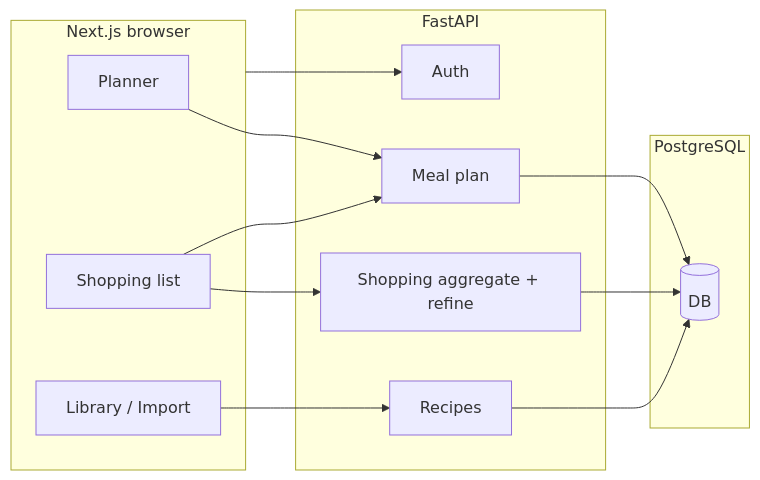
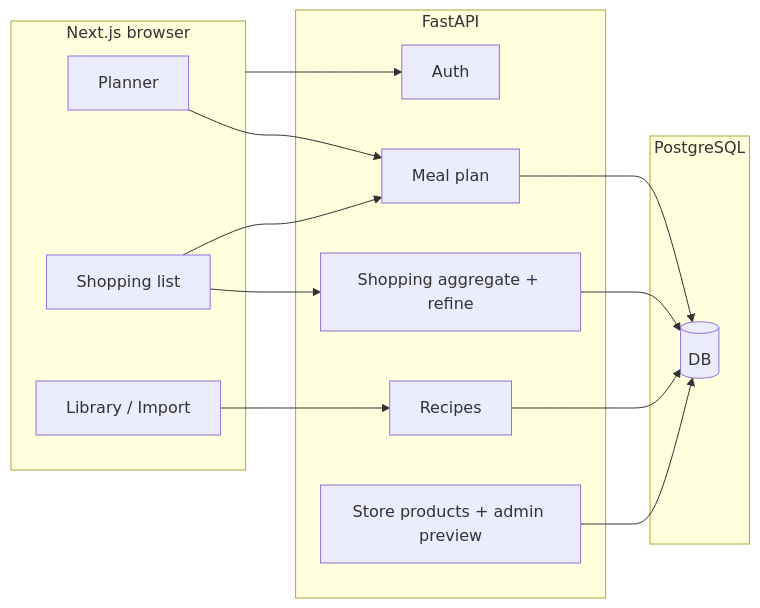
One commit to 1err/Cook changed the diagram in CODEBASE_WALKTHROUGH.md. Above: the diagram before and after it, drawn with Mermaid. The commit also changed other lines of this file and 23 other files, not shown here.

````diff
--- a/CODEBASE_WALKTHROUGH.md
+++ b/CODEBASE_WALKTHROUGH.md
@@ -48,25 +49,27 @@
 ```mermaid
 flowchart LR
   subgraph client [Next.js browser]
     P[Planner]
     S[Shopping list]
     L[Library / Import]
   end
   subgraph api [FastAPI]
     A[Auth]
     R[Recipes]
     M[Meal plan]
     Sh[Shopping aggregate + refine]
+    St[Store products + admin preview]
   end
   subgraph data [PostgreSQL]
     DB[(DB)]
   end
   L --> R
   P --> M
   S --> Sh
   S --> M
   client --> A
   R --> DB
   M --> DB
   Sh --> DB
+  St --> DB
 ```
````
